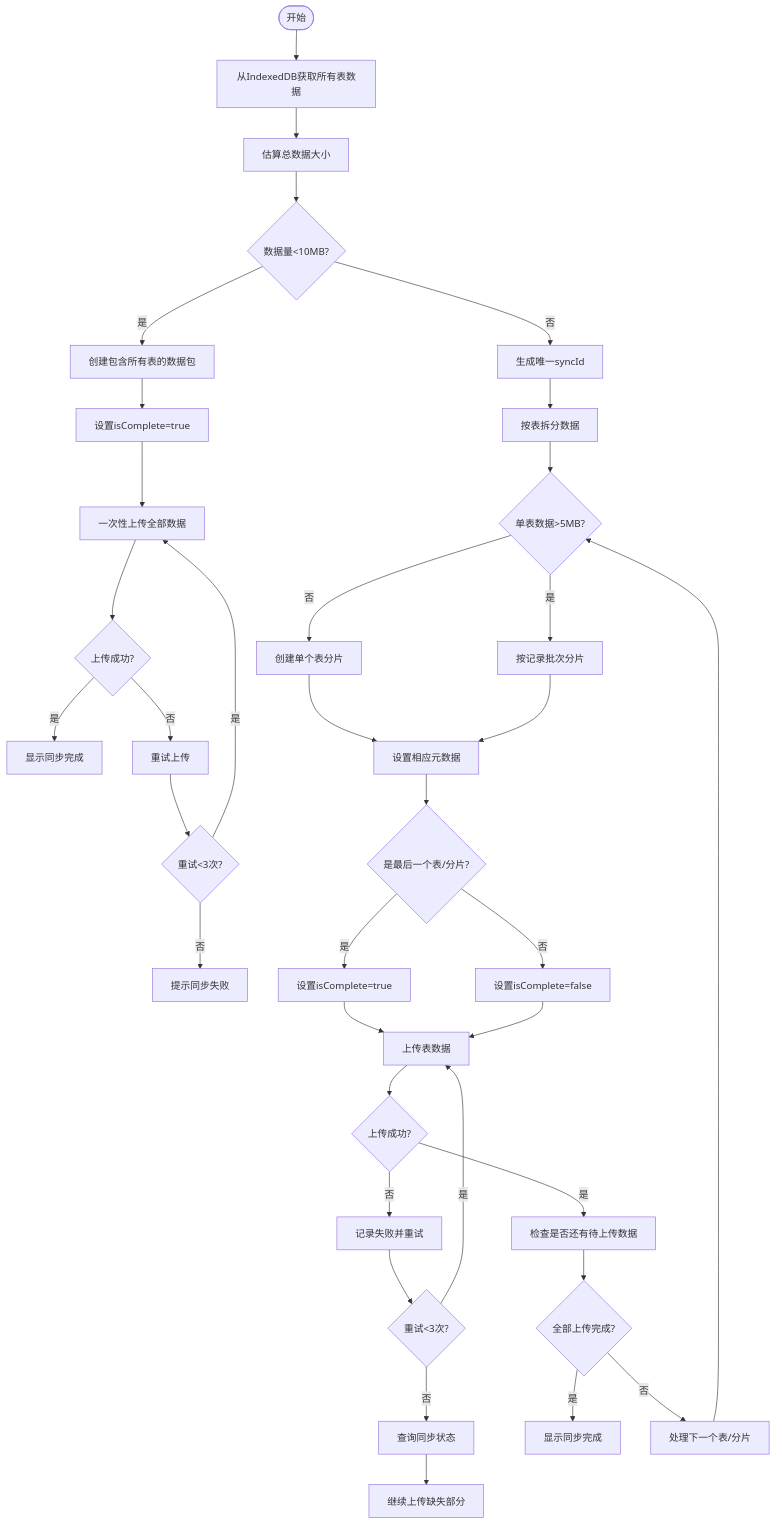
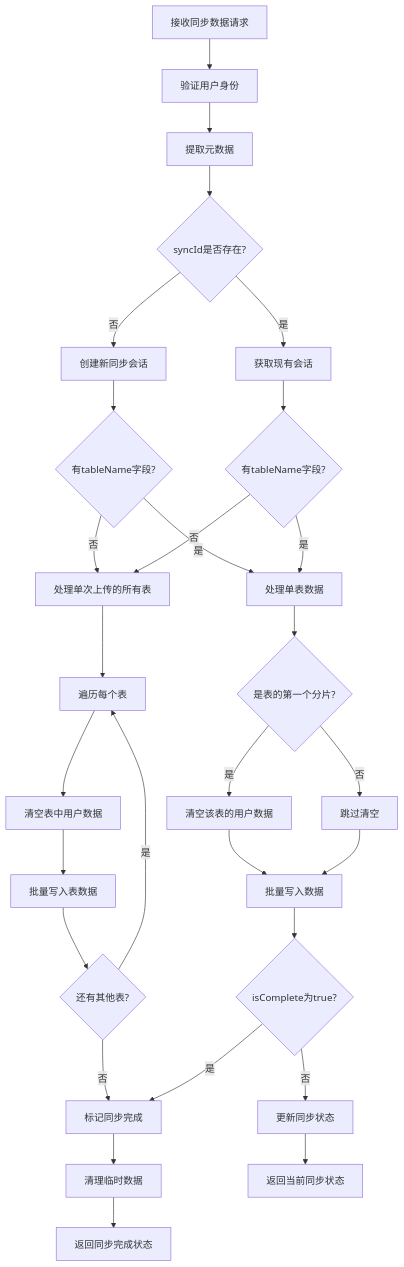
One commit to yingjianzh/iodraw-files changed the diagram in all/未命名-59.md. Above: the diagram before and after it, drawn with Mermaid.

Commit message:
2025-05-14 18:32:26 update

````diff
--- a/all/未命名-59.md
+++ b/all/未命名-59.md
@@ -1,42 +1,41 @@
 ```mermaid
 flowchart TD
-    A([开始]) -->E[从IndexedDB获取所有表数据]
-    E --> F[估算总数据大小]
-    F --> G{数据量<10MB?}
+    A[接收同步数据请求] --> B[验证用户身份]
+    B --> C[提取元数据]
+    C --> D{syncId是否存在?}
     
-    %% 小数据量处理流程
-    G -->|是| H[创建包含所有表的数据包]
-    H --> I[设置isComplete=true]
-    I --> J[一次性上传全部数据]
-    J --> K{上传成功?}
-    K -->|是| L[显示同步完成]
-    K -->|否| M[重试上传]
-    M --> N{重试<3次?}
-    N -->|是| J
-    N -->|否| O[提示同步失败]
+    %% 新同步会话
+    D -->|否| E[创建新同步会话]
+    E --> F{有tableName字段?}
     
-    %% 中大数据量处理流程
-    G -->|否| P[生成唯一syncId]
-    P --> Q[按表拆分数据]
-    Q --> R{单表数据>5MB?}
-    R -->|否| S[创建单个表分片]
-    R -->|是| T[按记录批次分片]
-    S --> U[设置相应元数据]
-    T --> U
-    U --> V{是最后一个表/分片?}
-    V -->|是| W[设置isComplete=true]
-    V -->|否| X[设置isComplete=false]
-    W --> Y[上传表数据]
-    X --> Y
-    Y --> Z{上传成功?}
-    Z -->|是| AA[检查是否还有待上传数据]
-    Z -->|否| AB[记录失败并重试]
-    AB --> AC{重试<3次?}
-    AC -->|是| Y
-    AC -->|否| AD[查询同步状态]
-    AD --> AE[继续上传缺失部分]
-    AA --> AF{全部上传完成?}
-    AF -->|是| AG[显示同步完成]
-    AF -->|否| AH[处理下一个表/分片]
-    AH --> R
+    %% 小数据量处理
+    F -->|否| G[处理单次上传的所有表]
+    G --> H[遍历每个表]
+    H --> I[清空表中用户数据]
+    I --> J[批量写入表数据]
+    J --> K{还有其他表?}
+    K -->|是| H
+    K -->|否| L[标记同步完成]
+    
+    %% 分表上传处理
+    F -->|是| M[处理单表数据]
+    M --> N{是表的第一个分片?}
+    N -->|是| O[清空该表的用户数据]
+    N -->|否| P[跳过清空]
+    O --> Q[批量写入数据]
+    P --> Q
+    
+    %% 现有同步会话
+    D -->|是| R[获取现有会话]
+    R --> S{有tableName字段?}
+    S -->|是| M
+    S -->|否| G
+    
+    %% 后续处理
+    Q --> T{isComplete为true?}
+    T -->|是| L
+    T -->|否| U[更新同步状态]
+    L --> V[清理临时数据]
+    V --> W[返回同步完成状态]
+    U --> X[返回当前同步状态]
 ```
````
